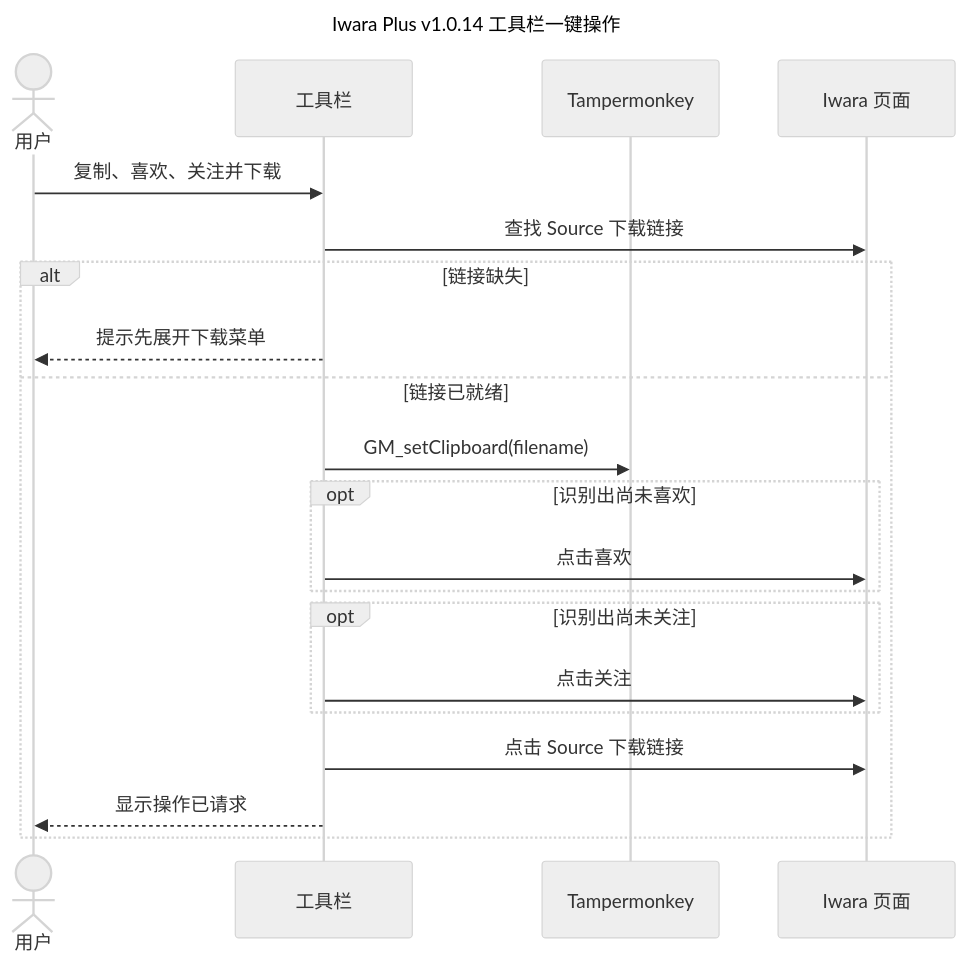
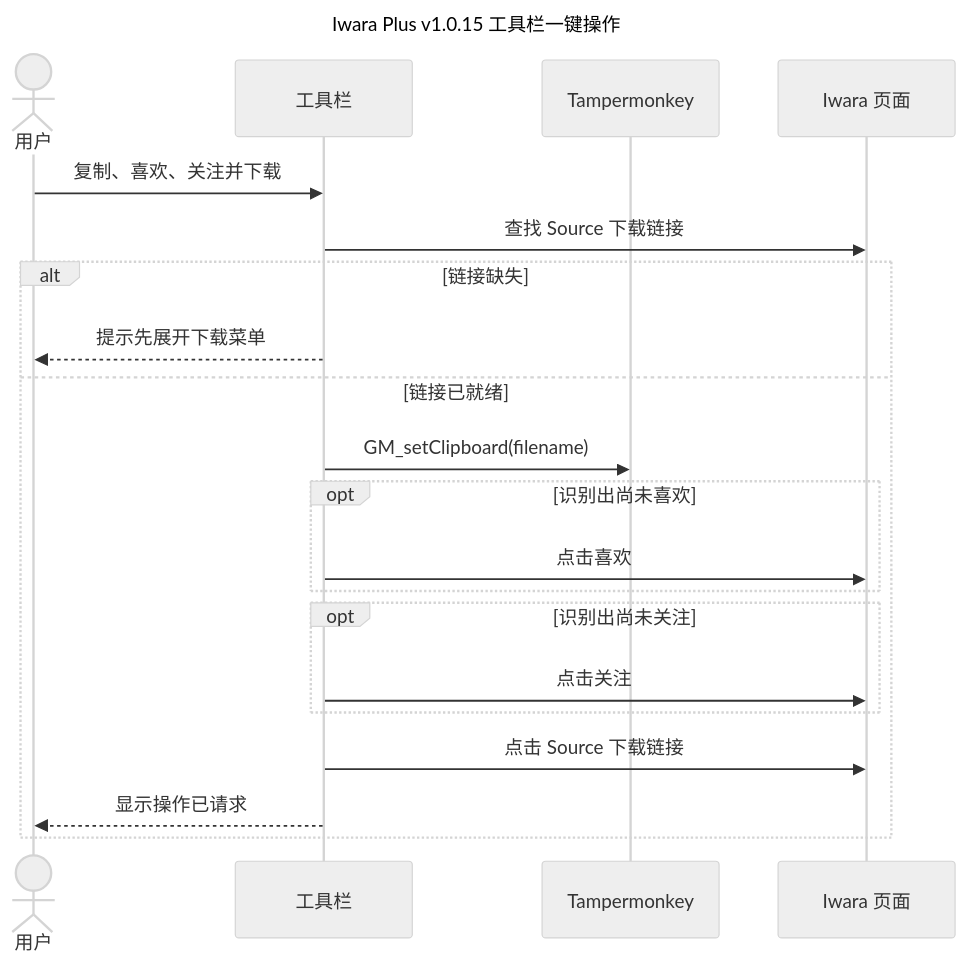
The fourth of 6 diagrams in docs/architecture.zh-CN.md (lhYanghc/iwara-plus), drawn with Mermaid (neutral theme) before and after one commit. The commit also changed other lines of this file and 7 other files, not shown here.

````diff
--- a/docs/architecture.zh-CN.md
+++ b/docs/architecture.zh-CN.md
@@ -124,25 +127,25 @@
 ```mermaid
 ---
-title: Iwara Plus v1.0.14 工具栏一键操作
+title: Iwara Plus v1.0.15 工具栏一键操作
 ---
 sequenceDiagram
     actor U as 用户
     participant T as 工具栏
     participant G as Tampermonkey
     participant D as Iwara 页面
     U->>T: 复制、喜欢、关注并下载
     T->>D: 查找 Source 下载链接
     alt 链接缺失
         T-->>U: 提示先展开下载菜单
     else 链接已就绪
         T->>G: GM_setClipboard(filename)
         opt 识别出尚未喜欢
             T->>D: 点击喜欢
         end
         opt 识别出尚未关注
             T->>D: 点击关注
         end
         T->>D: 点击 Source 下载链接
         T-->>U: 显示操作已请求
     end
 ```
````
